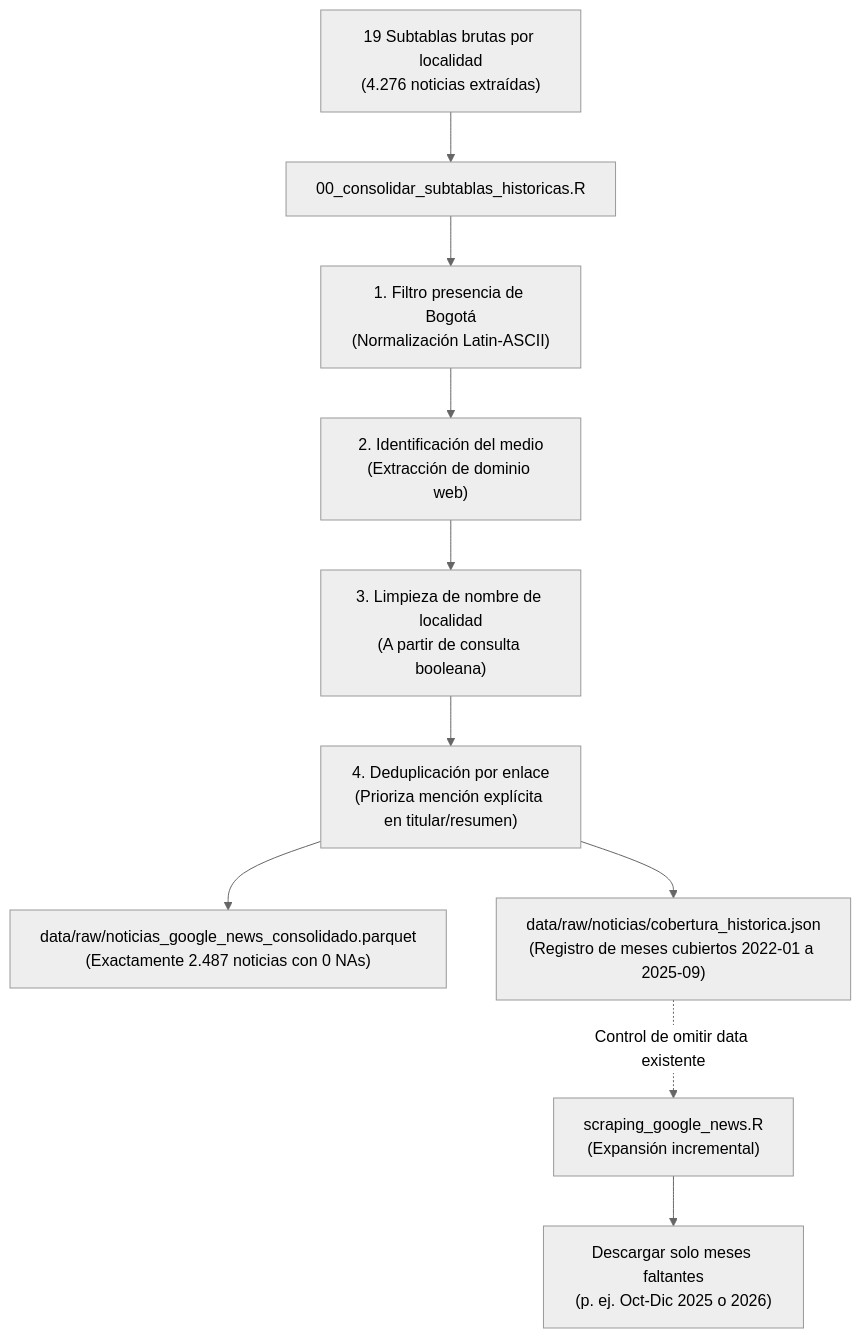
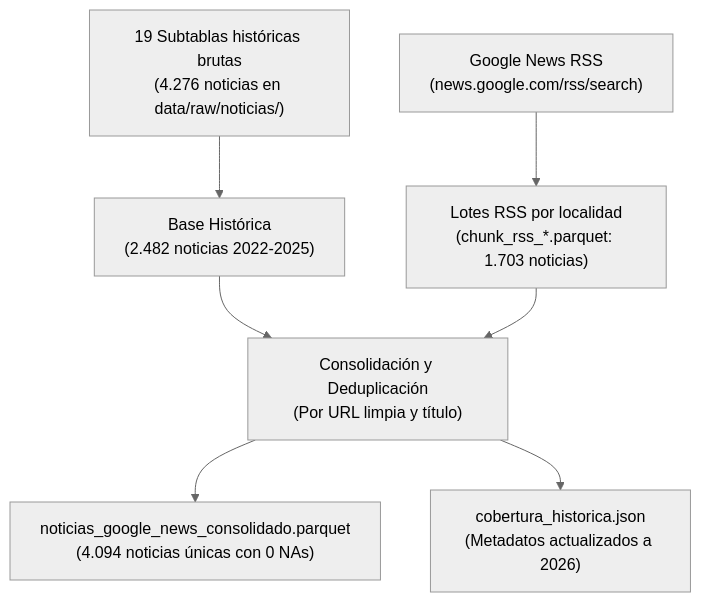
One commit to juanjo-edm/Repo_Entrega_Final_Taller_R changed the diagram in scripts/01_ingesta/02_scraping_noticias/README.md. Above: the diagram before and after it, drawn with Mermaid (neutral theme). The commit also changed other lines of this file and 32 other files, not shown here.

Commit message:
feat(scraping): implementar motor Google News RSS y expandir corpus a 4.094 noticias validadas

````diff
--- a/scripts/01_ingesta/02_scraping_noticias/README.md
+++ b/scripts/01_ingesta/02_scraping_noticias/README.md
@@ -33,13 +33,8 @@
 ```mermaid
 flowchart TD
-    A["19 Subtablas brutas por localidad<br/>(4.276 noticias extraídas)"] --> B["00_consolidar_subtablas_historicas.R"]
-    B --> C["1. Filtro presencia de Bogotá<br/>(Normalización Latin-ASCII)"]
-    C --> D["2. Identificación del medio<br/>(Extracción de dominio web)"]
-    D --> E["3. Limpieza de nombre de localidad<br/>(A partir de consulta booleana)"]
-    E --> F["4. Deduplicación por enlace<br/>(Prioriza mención explícita en titular/resumen)"]
-    F --> G["data/raw/noticias_google_news_consolidado.parquet<br/>(Exactamente 2.487 noticias con 0 NAs)"]
-    F --> H["data/raw/noticias/cobertura_historica.json<br/>(Registro de meses cubiertos 2022-01 a 2025-09)"]
-    
-    H -. Control de omitir data existente .-> I["scraping_google_news.R<br/>(Expansión incremental)"]
-    I --> J["Descargar solo meses faltantes<br/>(p. ej. Oct-Dic 2025 o 2026)"]
+    A["19 Subtablas históricas brutas<br/>(4.276 noticias en data/raw/noticias/)"] --> B["Base Histórica<br/>(2.482 noticias 2022-2025)"]
+    C["Google News RSS<br/>(news.google.com/rss/search)"] --> D["Lotes RSS por localidad<br/>(chunk_rss_*.parquet: 1.703 noticias)"]
+    B & D --> E["Consolidación y Deduplicación<br/>(Por URL limpia y título)"]
+    E --> F["noticias_google_news_consolidado.parquet<br/>(4.094 noticias únicas con 0 NAs)"]
+    E --> G["cobertura_historica.json<br/>(Metadatos actualizados a 2026)"]
 ```
````
